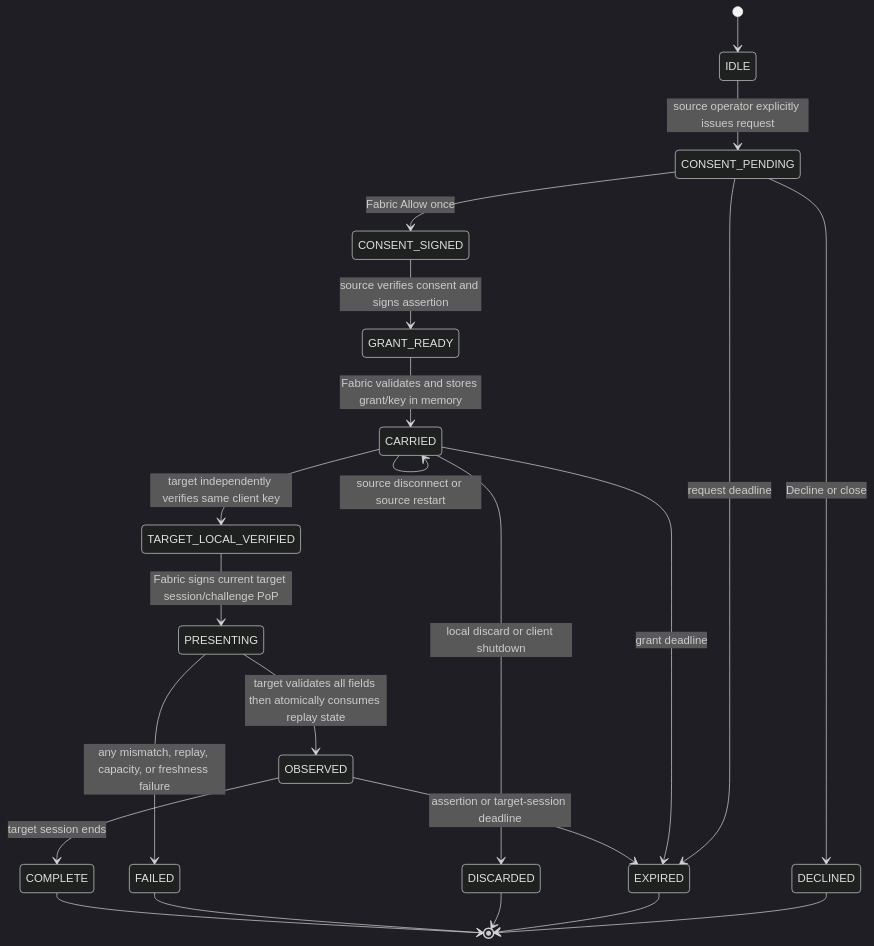
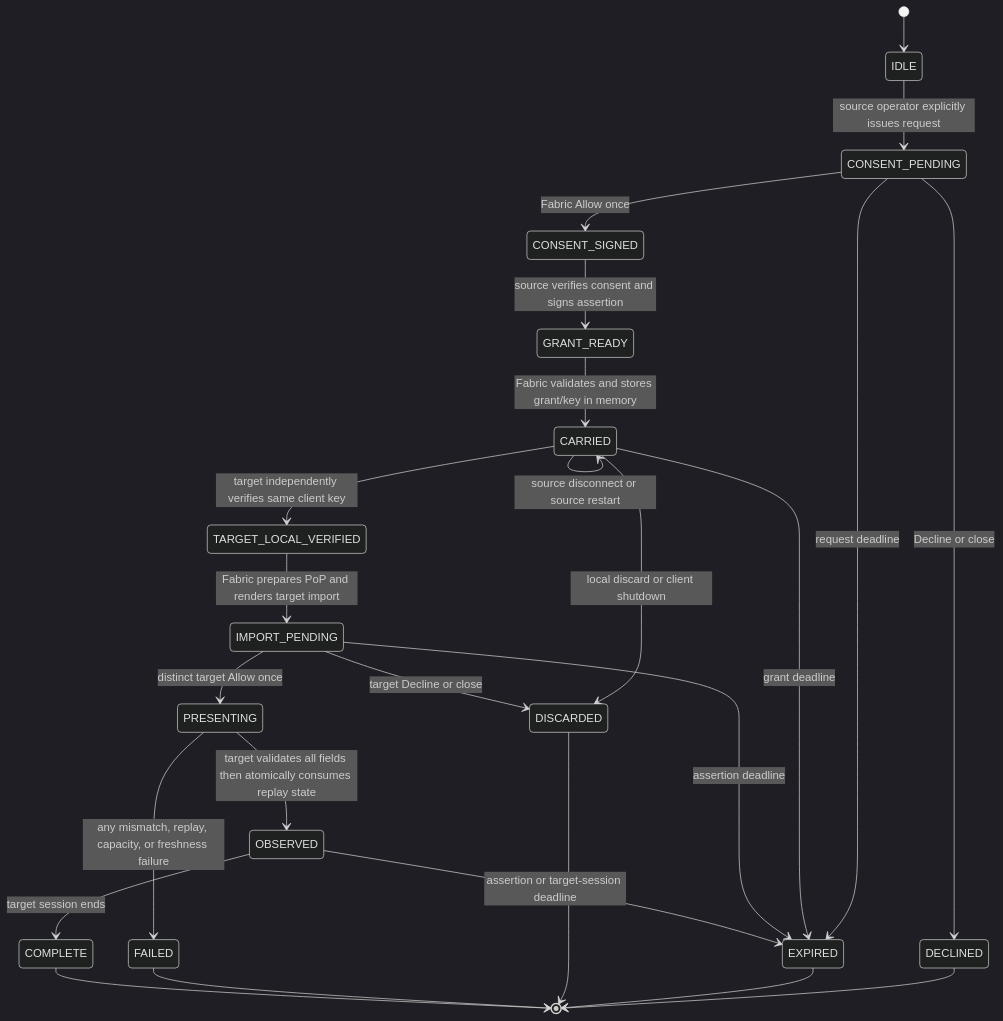
Before and after one commit to TypeThe0ry/MCAce: the diagram in docs/FEDERATION.md, drawn with Mermaid (dark theme). The commit also changed other lines of this file and 284 other files, not shown here.

````diff
--- a/docs/FEDERATION.md
+++ b/docs/FEDERATION.md
@@ -168,24 +185,27 @@
 ```mermaid
 stateDiagram-v2
     [*] --> IDLE
     IDLE --> CONSENT_PENDING: source operator explicitly issues request
     CONSENT_PENDING --> DECLINED: Decline or close
     CONSENT_PENDING --> EXPIRED: request deadline
     CONSENT_PENDING --> CONSENT_SIGNED: Fabric Allow once
     CONSENT_SIGNED --> GRANT_READY: source verifies consent and signs assertion
     GRANT_READY --> CARRIED: Fabric validates and stores grant/key in memory
     CARRIED --> CARRIED: source disconnect or source restart
     CARRIED --> EXPIRED: grant deadline
     CARRIED --> DISCARDED: local discard or client shutdown
     CARRIED --> TARGET_LOCAL_VERIFIED: target independently verifies same client key
-    TARGET_LOCAL_VERIFIED --> PRESENTING: Fabric signs current target session/challenge PoP
+    TARGET_LOCAL_VERIFIED --> IMPORT_PENDING: Fabric prepares PoP and renders target import
+    IMPORT_PENDING --> PRESENTING: distinct target Allow once
+    IMPORT_PENDING --> DISCARDED: target Decline or close
+    IMPORT_PENDING --> EXPIRED: assertion deadline
     PRESENTING --> OBSERVED: target validates all fields then atomically consumes replay state
     PRESENTING --> FAILED: any mismatch, replay, capacity, or freshness failure
     OBSERVED --> EXPIRED: assertion or target-session deadline
     OBSERVED --> COMPLETE: target session ends
     DECLINED --> [*]
     EXPIRED --> [*]
     DISCARDED --> [*]
     FAILED --> [*]
     COMPLETE --> [*]
 ```
````
